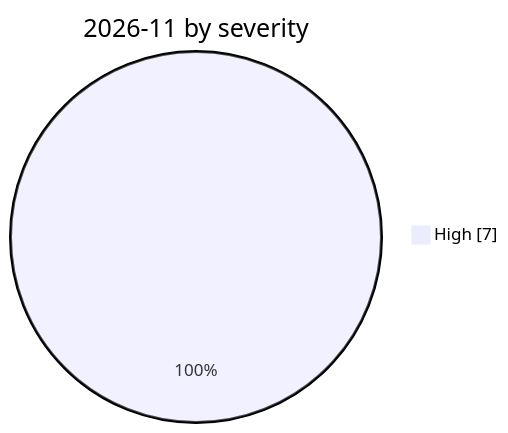
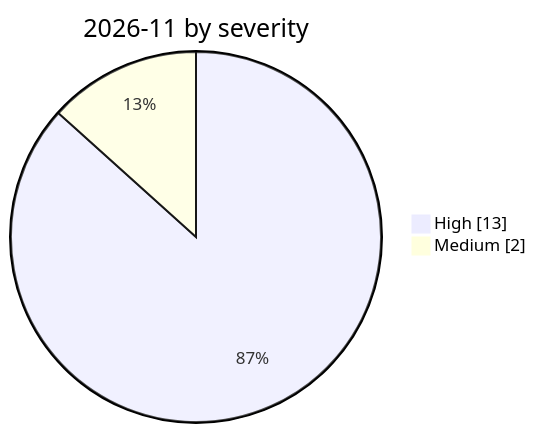
One commit to Continuum-AI-Corp/Orca-AI-Incident-Archive changed the diagram in incidents/2026-11/README.md. Above: the diagram before and after it, drawn with Mermaid. The commit also changed other lines of this file and 49 other files, not shown here.

````diff
--- a/incidents/2026-11/README.md
+++ b/incidents/2026-11/README.md
@@ -8,5 +8,6 @@
 ```mermaid
 pie showData
     title 2026-11 by severity
-    "High" : 7
+    "High" : 13
+    "Medium" : 2
 ```
````
